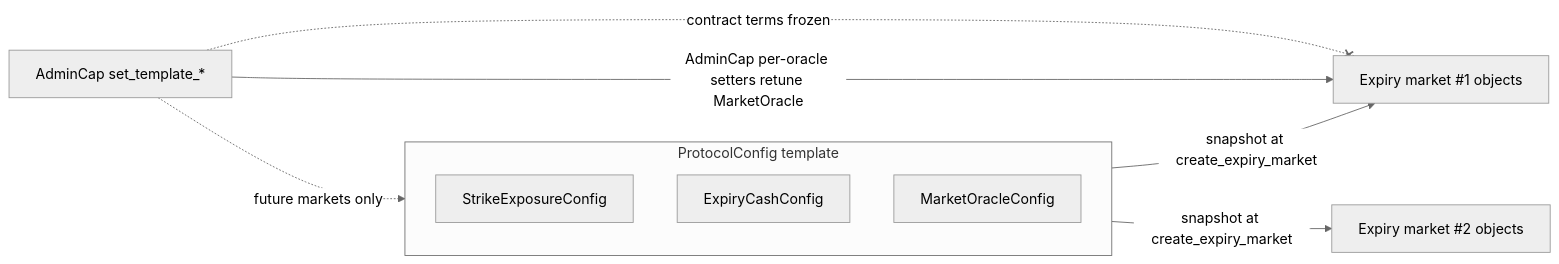
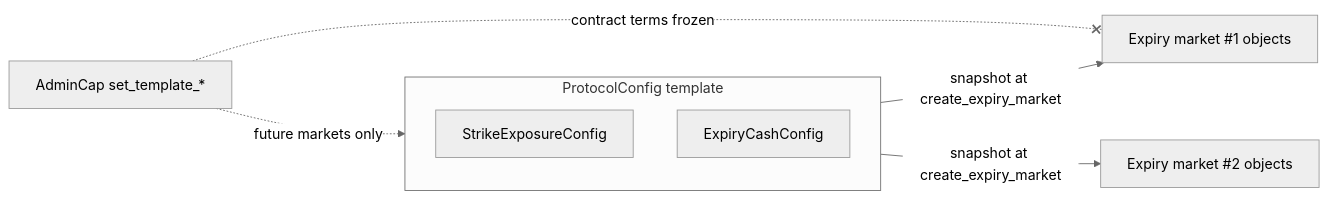
One commit to MystenLabs/deepbookv3 changed the diagram in packages/predict/docs/design/configuration.md. Above: the diagram before and after it, drawn with Mermaid (neutral theme). The commit also changed other lines of this file and 16 other files, not shown here.

````diff
--- a/packages/predict/docs/design/configuration.md
+++ b/packages/predict/docs/design/configuration.md
@@ -48,13 +40,11 @@
 ```mermaid
 flowchart LR
     subgraph PC[ProtocolConfig template]
       SEC[StrikeExposureConfig]
       ECC[ExpiryCashConfig]
-      MOC[MarketOracleConfig]
     end
     PC -- snapshot at create_expiry_market --> M1[Expiry market #1 objects]
     PC -- snapshot at create_expiry_market --> M2[Expiry market #2 objects]
     admin[AdminCap set_template_*] -. future markets only .-> PC
     admin -. contract terms frozen .-x M1
-    admin -- AdminCap per-oracle setters retune MarketOracle --> M1
 ```
````
